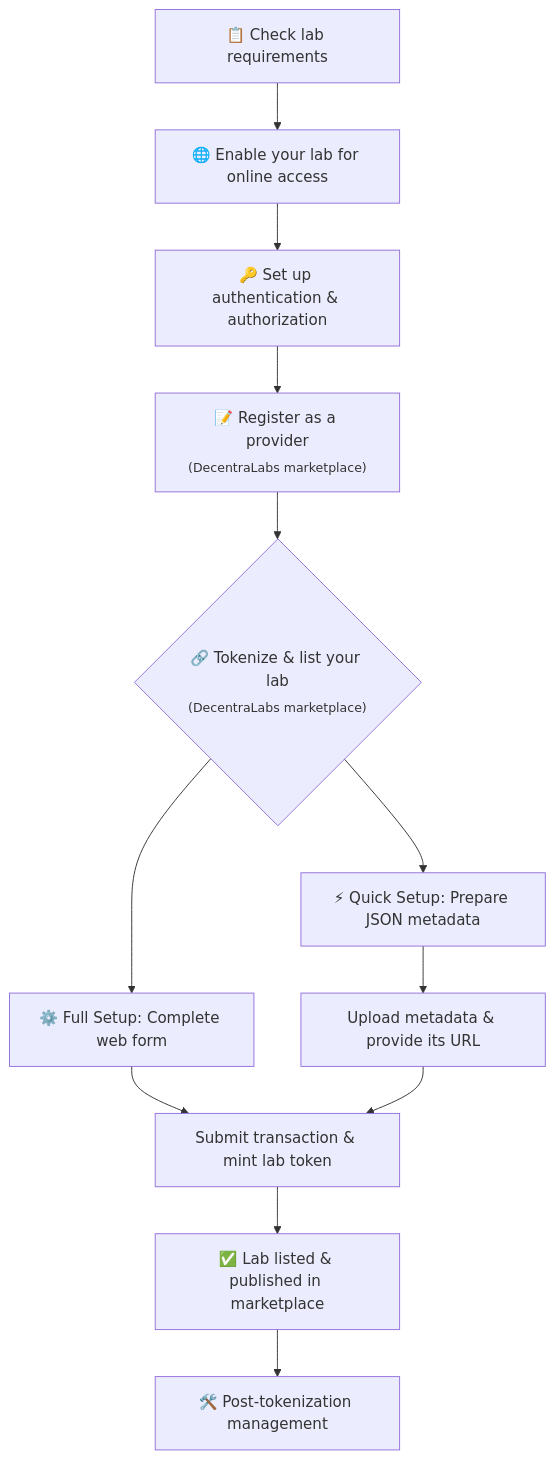
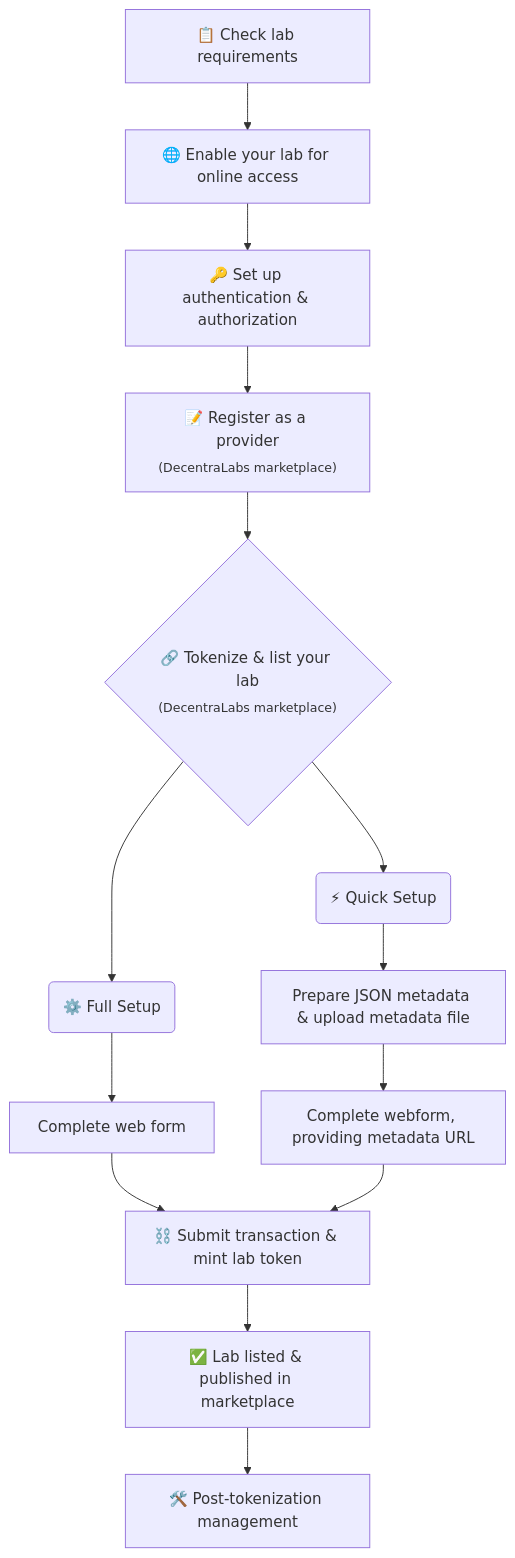
The diagram in become-a-provider/graphical-overview.md (DecentraLabsCom/Marketplace), drawn with Mermaid before and after one commit.

Commit message:
GITBOOK-32: No subject

````diff
--- a/become-a-provider/graphical-overview.md
+++ b/become-a-provider/graphical-overview.md
@@ -5,19 +5,21 @@
 ```mermaid
 flowchart TD
     A[📋 Check lab requirements] --> B[🌐 Enable your lab for online access]
     B --> C[🔑 Set up authentication & authorization]
     C --> D["📝 Register as a provider<br/><sub>(DecentraLabs marketplace)</sub>"]
 
     D --> E{"🔗 Tokenize & list your lab<br/><sub>(DecentraLabs marketplace)</sub>"}
 
-    E --> F1[⚙️ Full Setup: Complete web form]
-    F1 --> G1[Submit transaction & mint lab token]
+    E --> F1(⚙️ Full Setup)
+    F1 --> F11[Complete web form]
+    F11 --> G1[⛓️ Submit transaction & mint lab token]
 
-    E --> F2[⚡ Quick Setup: Prepare JSON metadata]
-    F2 --> G2[Upload metadata & provide its URL]
-    G2 --> G1
+    E --> F2(⚡ Quick Setup)
+    F2 --> F21[Prepare JSON metadata & upload metadata file]
+    F21 --> F22[Complete webform, providing metadata URL]
+    F22 --> G1
 
     G1 --> H[✅ Lab listed & published in marketplace]
     H --> I[🛠️ Post-tokenization management]
 
 ```
````
